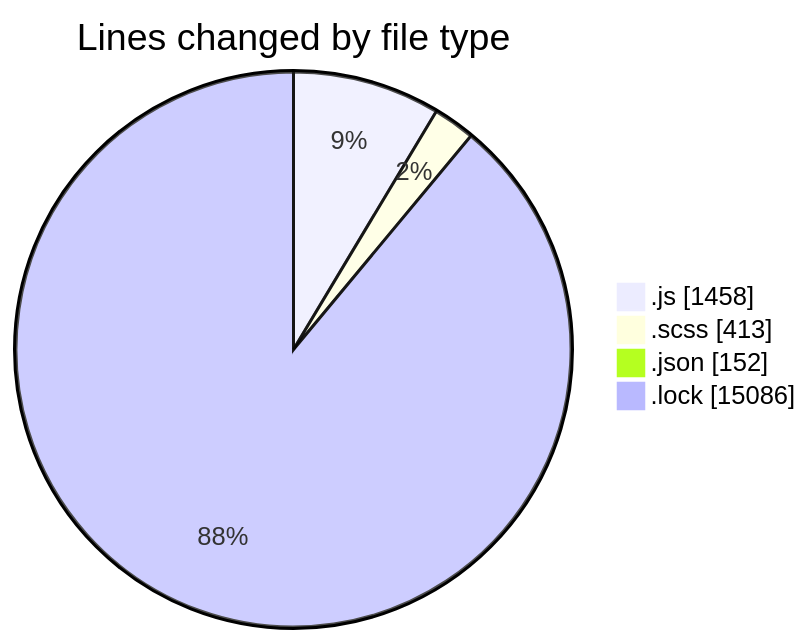
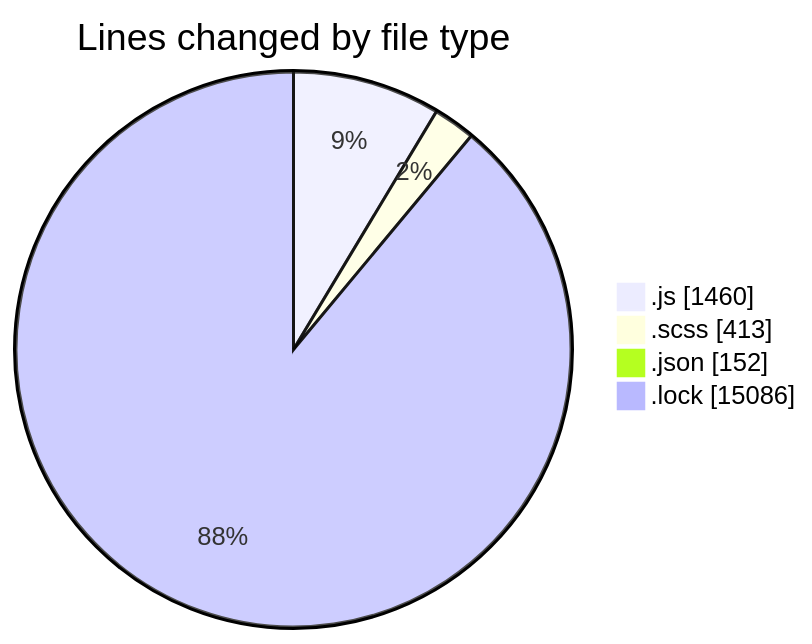
Before and after one commit to momahboobian/code-tracking: the first of 2 diagrams in 2026-01-05/cda/README.md, drawn with Mermaid. The commit also changed other lines of this file and 1 other file, not shown here.

````diff
--- a/2026-01-05/cda/README.md
+++ b/2026-01-05/cda/README.md
@@ -38,8 +38,8 @@
 ```mermaid
 pie showData
 title Lines changed by file type
-".js" : 1458
+".js" : 1460
 ".scss" : 413
 ".json" : 152
 ".lock" : 15086
 ```
````
